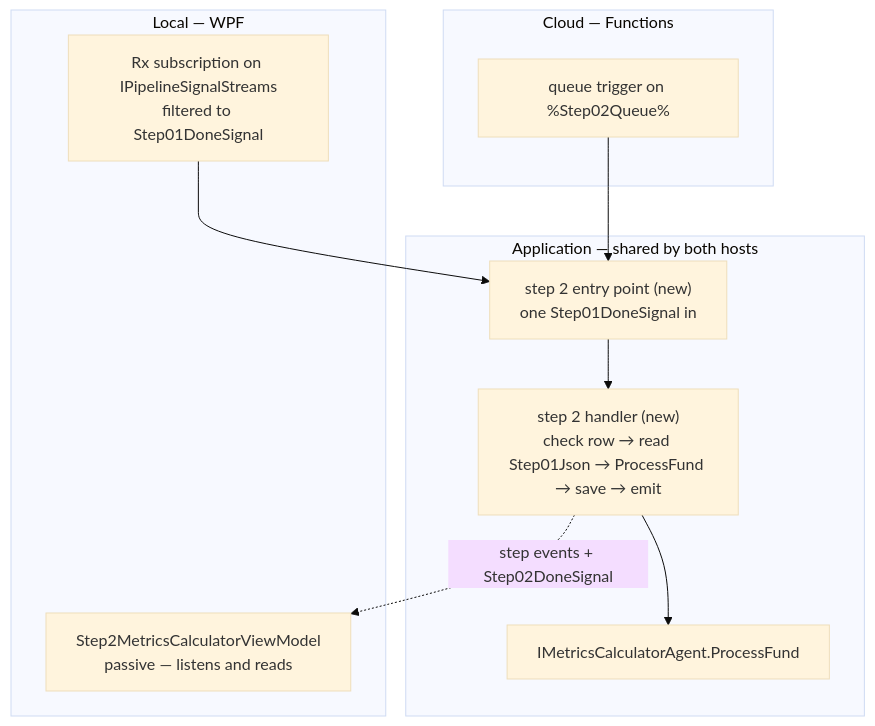
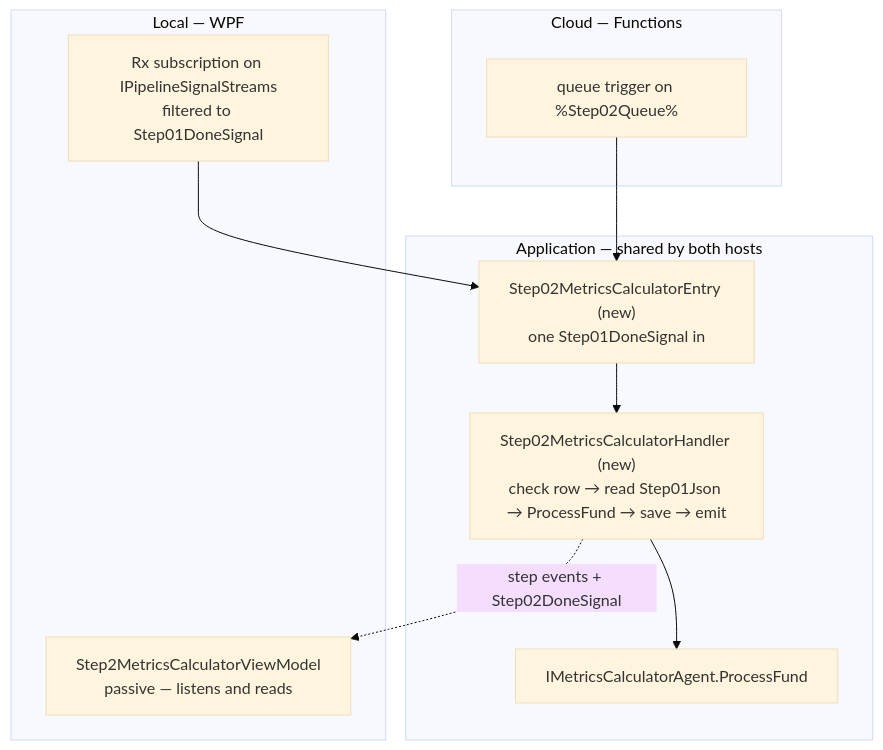
Before and after one commit to Muhomorik/FikaFinans: the first of 3 diagrams in Docs/pipeline-redesign/02-metricscalculator.md, drawn with Mermaid (base theme). The commit also changed other lines of this file, not shown here.

Commit message:
Expand `02-metricscalculator` documentation: new types, lifecycle, configs, signal flow, row structure decisions, and step transition logic. Align with `Step01DataLoader`.

````diff
--- a/Docs/pipeline-redesign/02-metricscalculator.md
+++ b/Docs/pipeline-redesign/02-metricscalculator.md
@@ -104,19 +123,19 @@
 ```mermaid
 flowchart TB
   subgraph app["Application — shared by both hosts"]
-    door["step 2 entry point (new)<br/>one Step01DoneSignal in"]
-    h["step 2 handler (new)<br/>check row → read Step01Json → ProcessFund → save → emit"]
+    door["Step02MetricsCalculatorEntry (new)<br/>one Step01DoneSignal in"]
+    h["Step02MetricsCalculatorHandler (new)<br/>check row → read Step01Json → ProcessFund → save → emit"]
     agent["IMetricsCalculatorAgent.ProcessFund"]
     door --> h --> agent
   end
   subgraph local["Local — WPF"]
     rx["Rx subscription on IPipelineSignalStreams<br/>filtered to Step01DoneSignal"]
     vm["Step2MetricsCalculatorViewModel<br/>passive — listens and reads"]
   end
   subgraph cloud["Cloud — Functions"]
     fn["queue trigger on %Step02Queue%"]
   end
   rx --> door
   fn --> door
   h -. "step events + Step02DoneSignal" .-> vm
 ```
````
